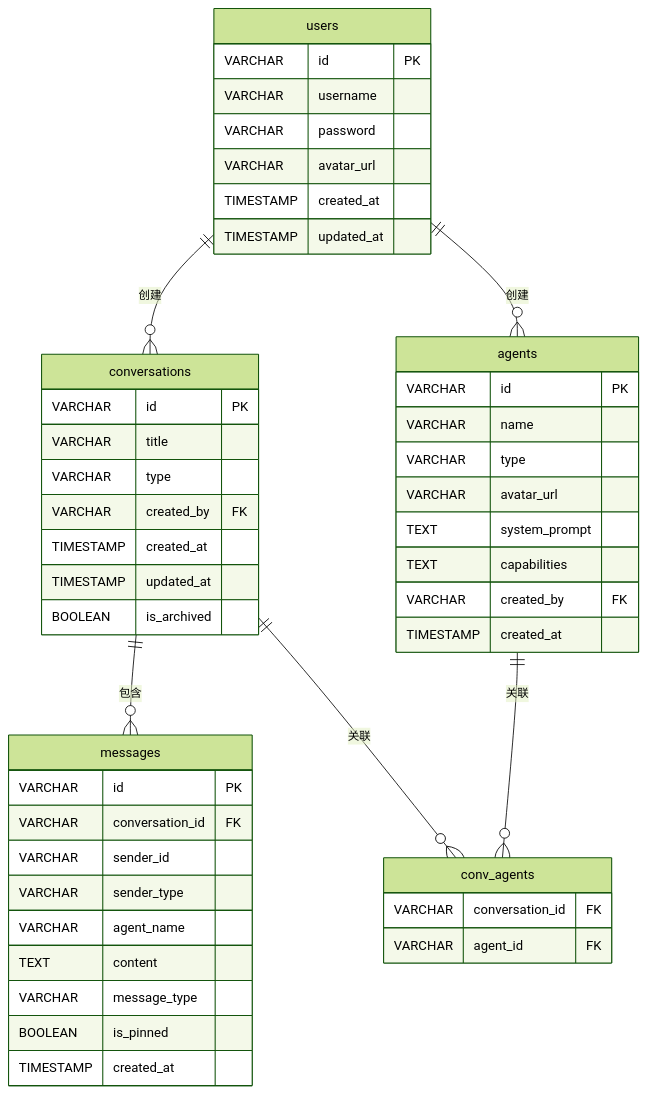
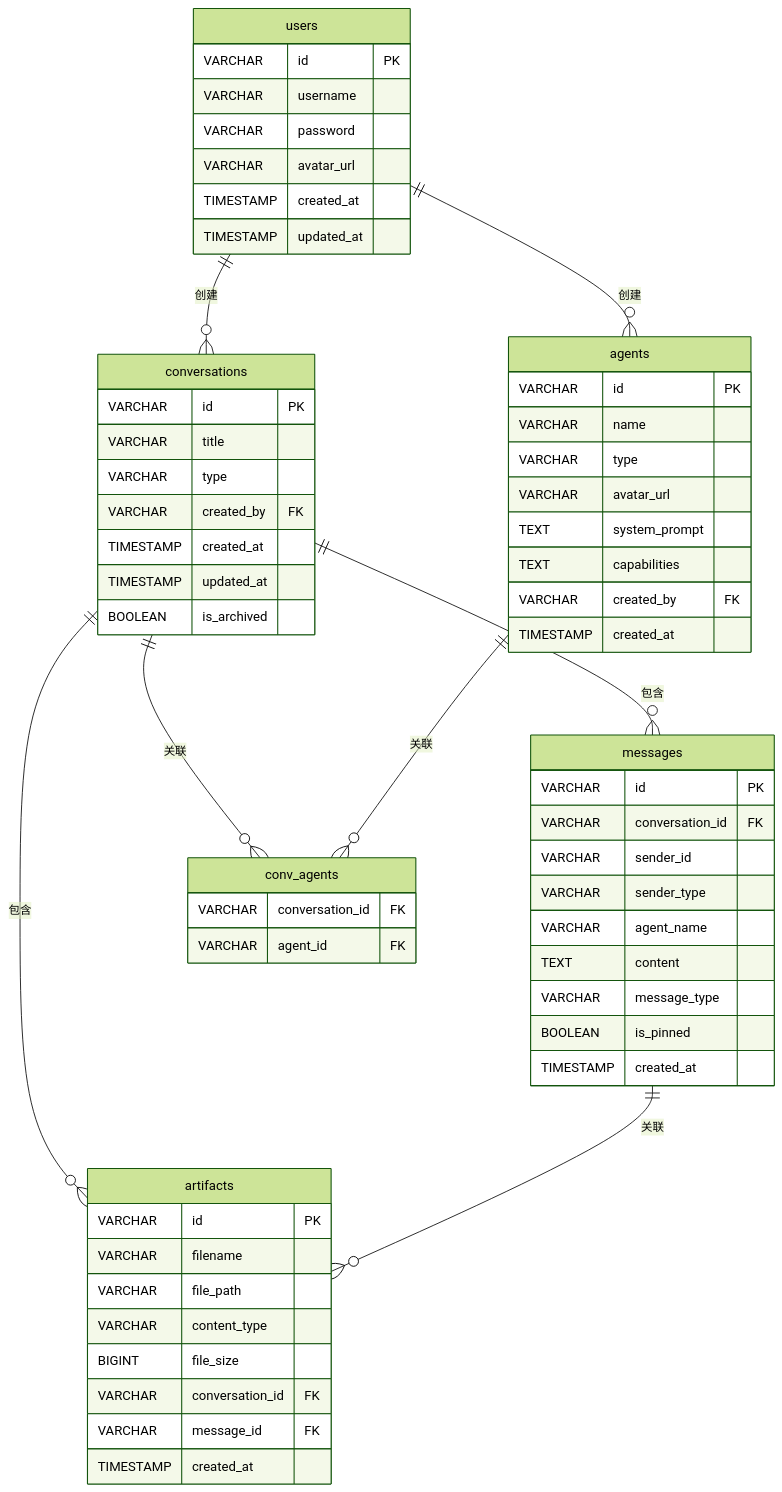
One commit to IAyousa/Agenthub_demo changed the diagram in docs/数据模型设计.md. Above: the diagram before and after it, drawn with Mermaid (forest theme). The commit also changed other lines of this file and 4 other files, not shown here.

````diff
--- a/docs/数据模型设计.md
+++ b/docs/数据模型设计.md
@@ -9,55 +9,68 @@
 ```mermaid
 erDiagram
     users {
         VARCHAR id PK
         VARCHAR username
         VARCHAR password
         VARCHAR avatar_url
         TIMESTAMP created_at
         TIMESTAMP updated_at
     }
 
     conversations {
         VARCHAR id PK
         VARCHAR title
         VARCHAR type
         VARCHAR created_by FK
         TIMESTAMP created_at
         TIMESTAMP updated_at
         BOOLEAN is_archived
     }
 
     messages {
         VARCHAR id PK
         VARCHAR conversation_id FK
         VARCHAR sender_id
         VARCHAR sender_type
         VARCHAR agent_name
         TEXT content
         VARCHAR message_type
         BOOLEAN is_pinned
         TIMESTAMP created_at
     }
 
     agents {
         VARCHAR id PK
         VARCHAR name
         VARCHAR type
         VARCHAR avatar_url
         TEXT system_prompt
         TEXT capabilities
         VARCHAR created_by FK
         TIMESTAMP created_at
     }
 
     conv_agents {
         VARCHAR conversation_id FK
         VARCHAR agent_id FK
     }
 
+    artifacts {
+        VARCHAR id PK
+        VARCHAR filename
+        VARCHAR file_path
+        VARCHAR content_type
+        BIGINT file_size
+        VARCHAR conversation_id FK
+        VARCHAR message_id FK
+        TIMESTAMP created_at
+    }
+
     users ||--o{ conversations : 创建
     conversations ||--o{ messages : 包含
     users ||--o{ agents : 创建
     conversations ||--o{ conv_agents : 关联
     agents ||--o{ conv_agents : 关联
+    conversations ||--o{ artifacts : 包含
+    messages ||--o{ artifacts : 关联
 ```
````
